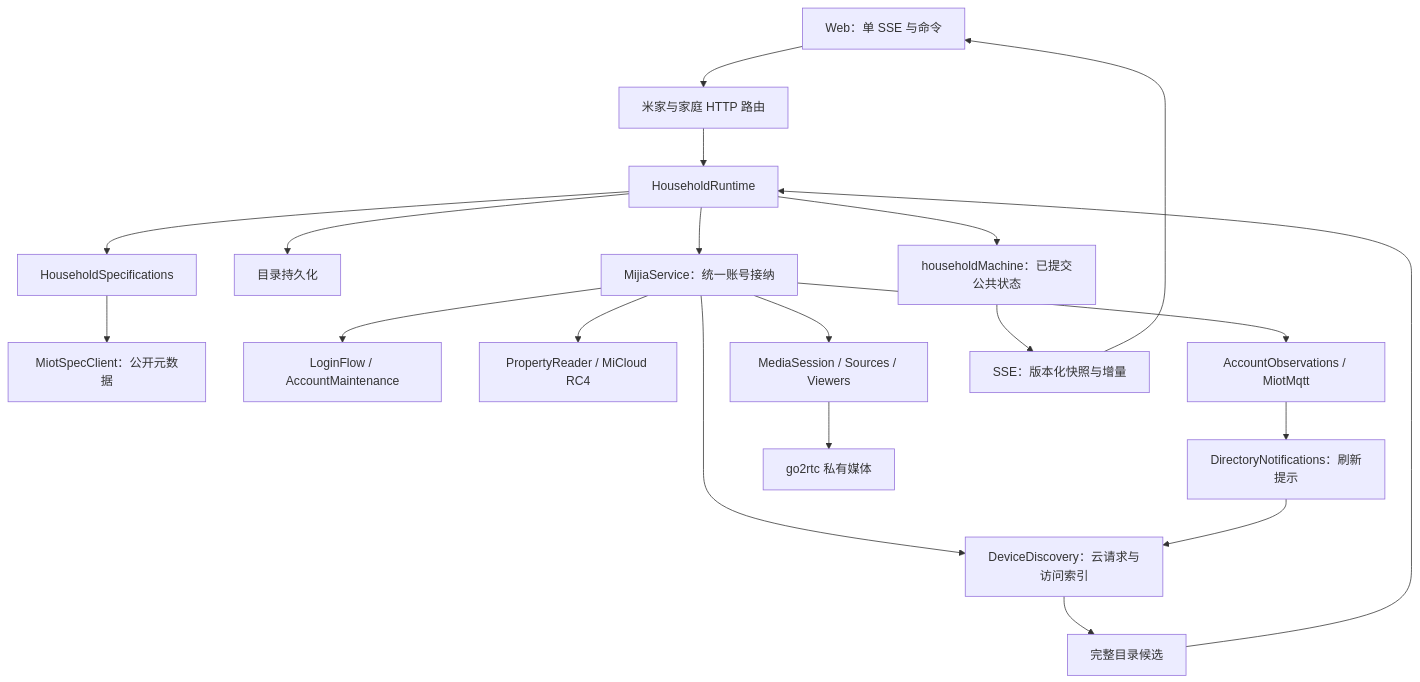
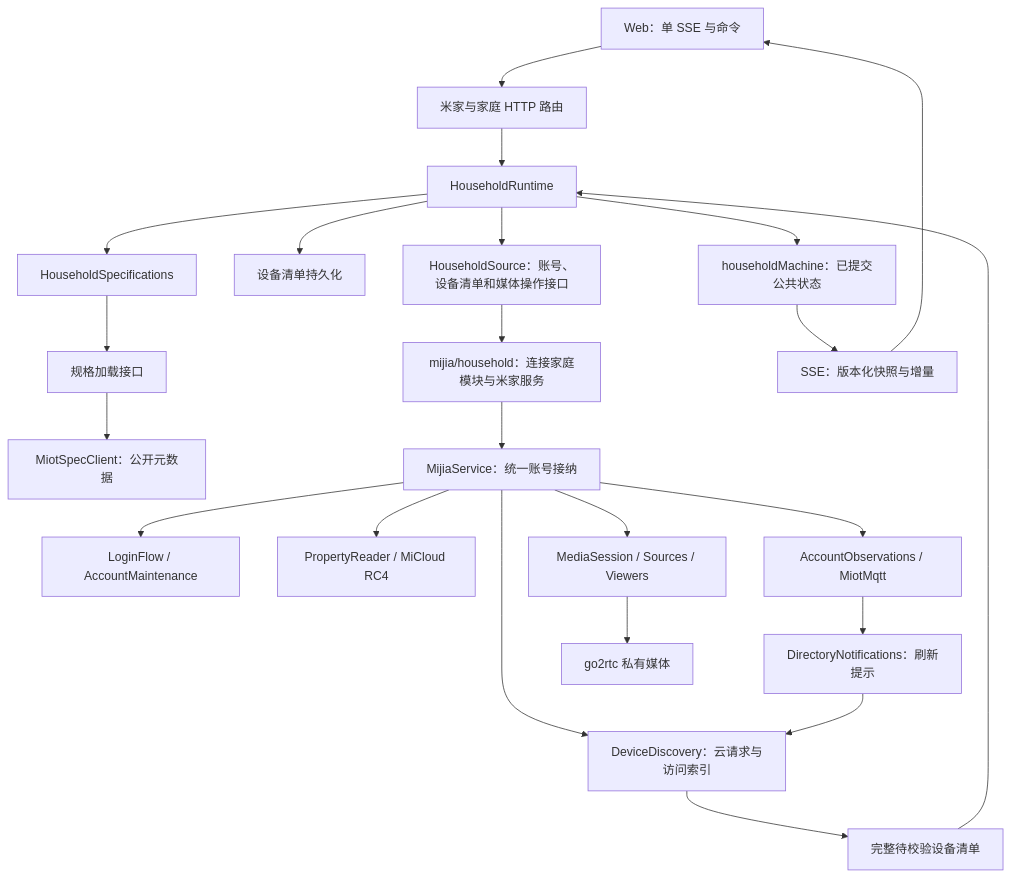
The diagram in docs/reference/device-access-code-reference.md (BenDanXieQi/home-agent), drawn with Mermaid before and after one commit. The commit also changed other lines of this file and 84 other files, not shown here.

First line of the commit message:
refactor: enforce fixed household runtime and scoped device validation

````diff
--- a/docs/reference/device-access-code-reference.md
+++ b/docs/reference/device-access-code-reference.md
@@ -50,22 +64,25 @@
 ```mermaid
 flowchart TD
   Web[Web：单 SSE 与命令] --> Routes[米家与家庭 HTTP 路由]
   Routes --> Runtime[HouseholdRuntime]
   Runtime --> Actor[householdMachine：已提交公共状态]
-  Runtime --> Repo[目录持久化]
+  Runtime --> Repo[设备清单持久化]
   Runtime --> Specs[HouseholdSpecifications]
-  Specs --> SpecProtocol[MiotSpecClient：公开元数据]
-  Runtime --> Service[MijiaService：统一账号接纳]
+  Specs --> Loader[规格加载接口]
+  Loader --> SpecProtocol[MiotSpecClient：公开元数据]
+  Runtime --> Source[HouseholdSource：账号、设备清单和媒体操作接口]
+  Source --> Integration[mijia/household：连接家庭模块与米家服务]
+  Integration --> Service[MijiaService：统一账号接纳]
   Service --> Discovery[DeviceDiscovery：云请求与访问索引]
-  Discovery --> Candidate[完整目录候选]
+  Discovery --> Candidate[完整待校验设备清单]
   Candidate --> Runtime
   Service --> Account[LoginFlow / AccountMaintenance]
   Service --> Read[PropertyReader / MiCloud RC4]
   Service --> MQTT[AccountObservations / MiotMqtt]
   MQTT --> Directory[DirectoryNotifications：刷新提示]
   Directory --> Discovery
   Service --> Media[MediaSession / Sources / Viewers]
   Media --> Go[go2rtc 私有媒体]
   Actor --> Stream[SSE：版本化快照与增量]
   Stream --> Web
 ```
````
